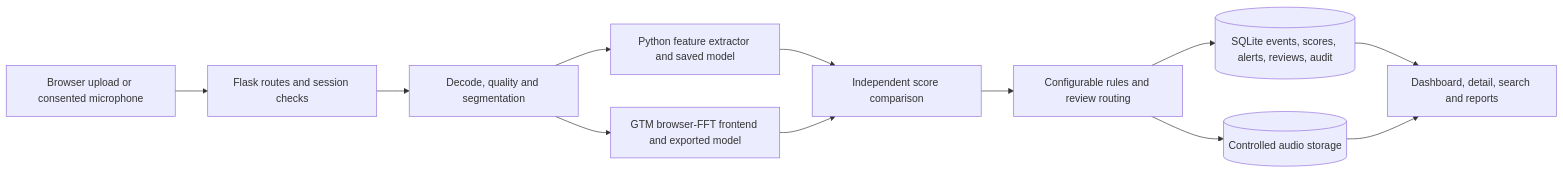
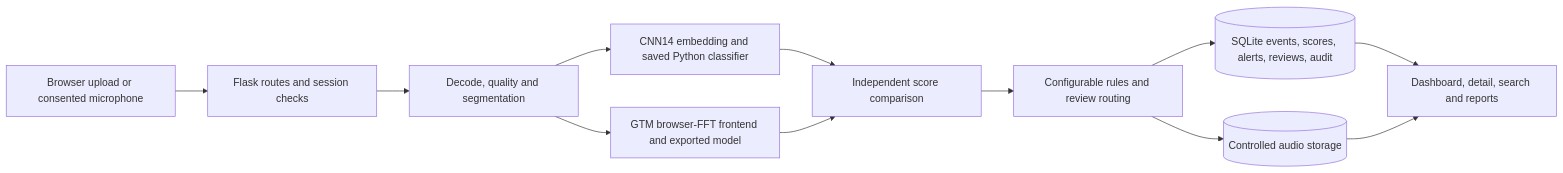
One commit to build-with-fun/TechWiz7 changed the diagram in ARCHITECTURE.md. Above: the diagram before and after it, drawn with Mermaid. The commit also changed 384 other files, not shown here.

````diff
--- a/ARCHITECTURE.md
+++ b/ARCHITECTURE.md
@@ -5,14 +5,14 @@
 ```mermaid
 flowchart LR
   B[Browser upload or consented microphone] --> A[Flask routes and session checks]
   A --> P[Decode, quality and segmentation]
-  P --> PY[Python feature extractor and saved model]
+  P --> PY[CNN14 embedding and saved Python classifier]
   P --> GTM[GTM browser-FFT frontend and exported model]
   PY --> C[Independent score comparison]
   GTM --> C
   C --> R[Configurable rules and review routing]
   R --> DB[(SQLite events, scores, alerts, reviews, audit)]
   R --> F[(Controlled audio storage)]
   DB --> UI[Dashboard, detail, search and reports]
   F --> UI
 ```
````
